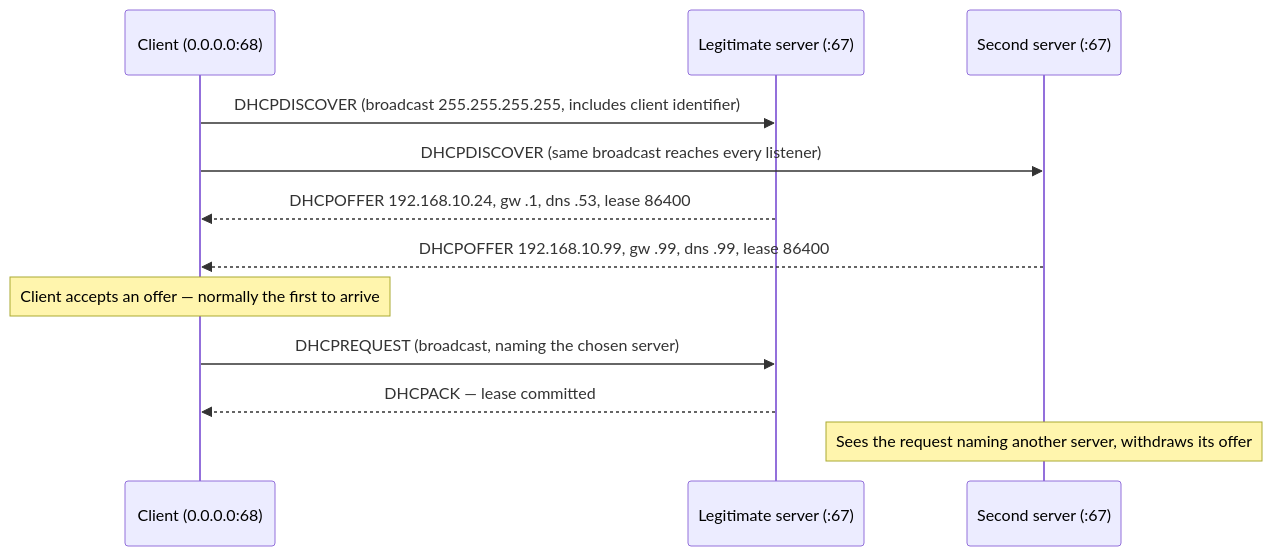
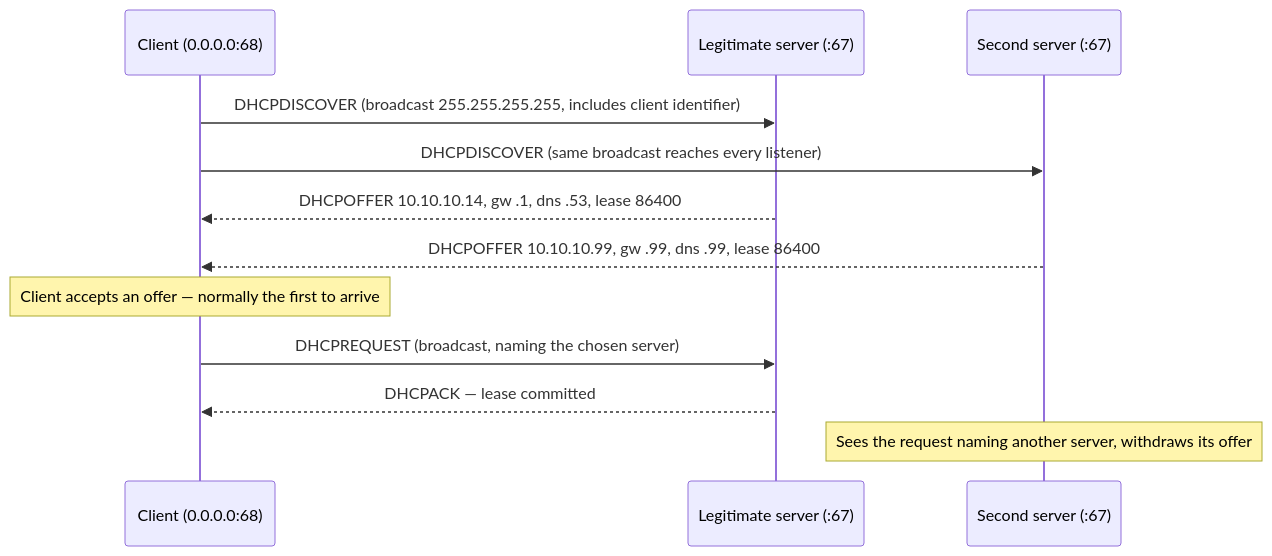
Before and after one commit to nnr-root/cybersec-crook2root-notes: the diagram in Networking/Addressing & Subnetting/Address Assignment & DHCP.md, drawn with Mermaid. The commit also changed other lines of this file and 6 other files, not shown here.

````diff
--- a/Networking/Addressing & Subnetting/Address Assignment & DHCP.md
+++ b/Networking/Addressing & Subnetting/Address Assignment & DHCP.md
@@ -54,14 +54,14 @@
 ```mermaid
 sequenceDiagram
     participant C as Client (0.0.0.0:68)
     participant S1 as Legitimate server (:67)
     participant S2 as Second server (:67)
     C->>S1: DHCPDISCOVER (broadcast 255.255.255.255, includes client identifier)
     C->>S2: DHCPDISCOVER (same broadcast reaches every listener)
-    S1-->>C: DHCPOFFER 192.168.10.24, gw .1, dns .53, lease 86400
-    S2-->>C: DHCPOFFER 192.168.10.99, gw .99, dns .99, lease 86400
+    S1-->>C: DHCPOFFER 10.10.10.14, gw .1, dns .53, lease 86400
+    S2-->>C: DHCPOFFER 10.10.10.99, gw .99, dns .99, lease 86400
     Note over C: Client accepts an offer — normally the first to arrive
     C->>S1: DHCPREQUEST (broadcast, naming the chosen server)
     S1-->>C: DHCPACK — lease committed
     Note over S2: Sees the request naming another server, withdraws its offer
 ```
````
